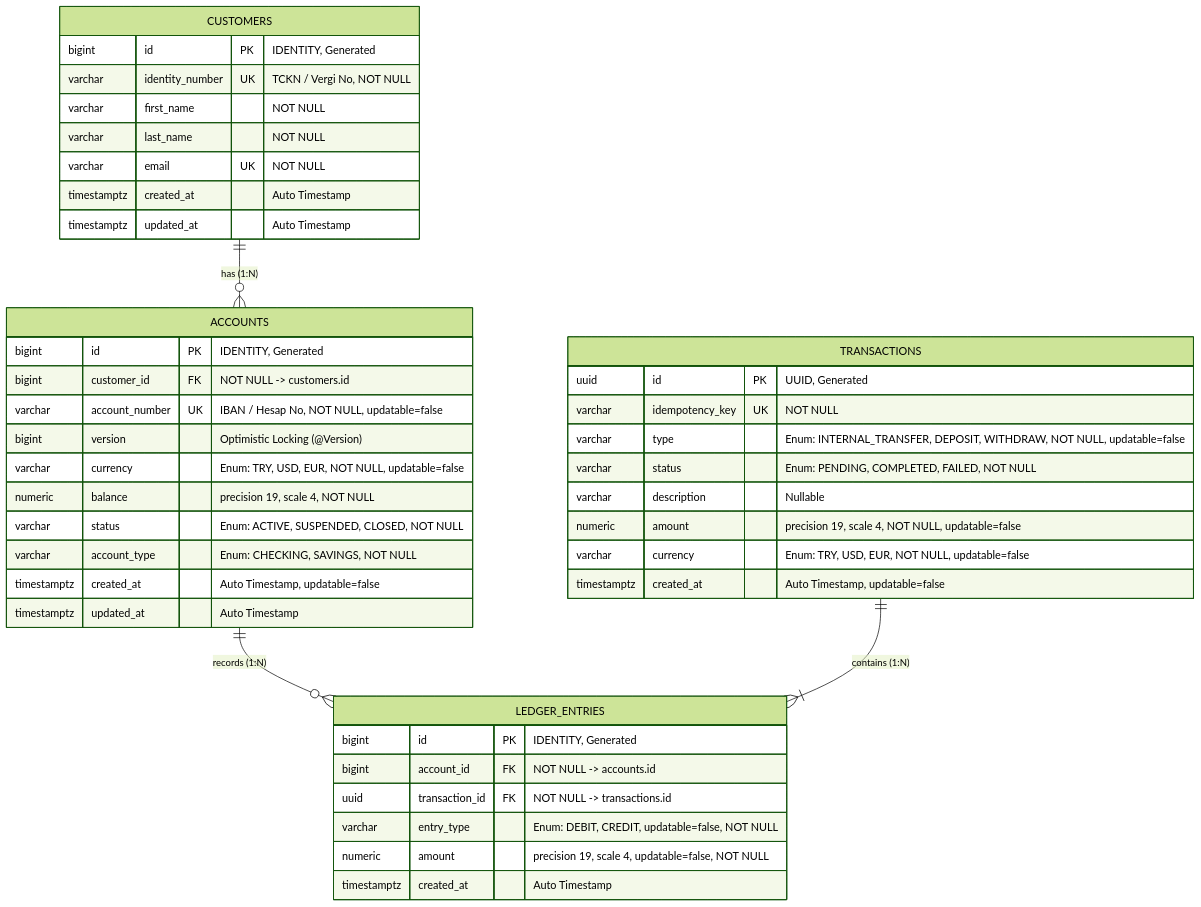
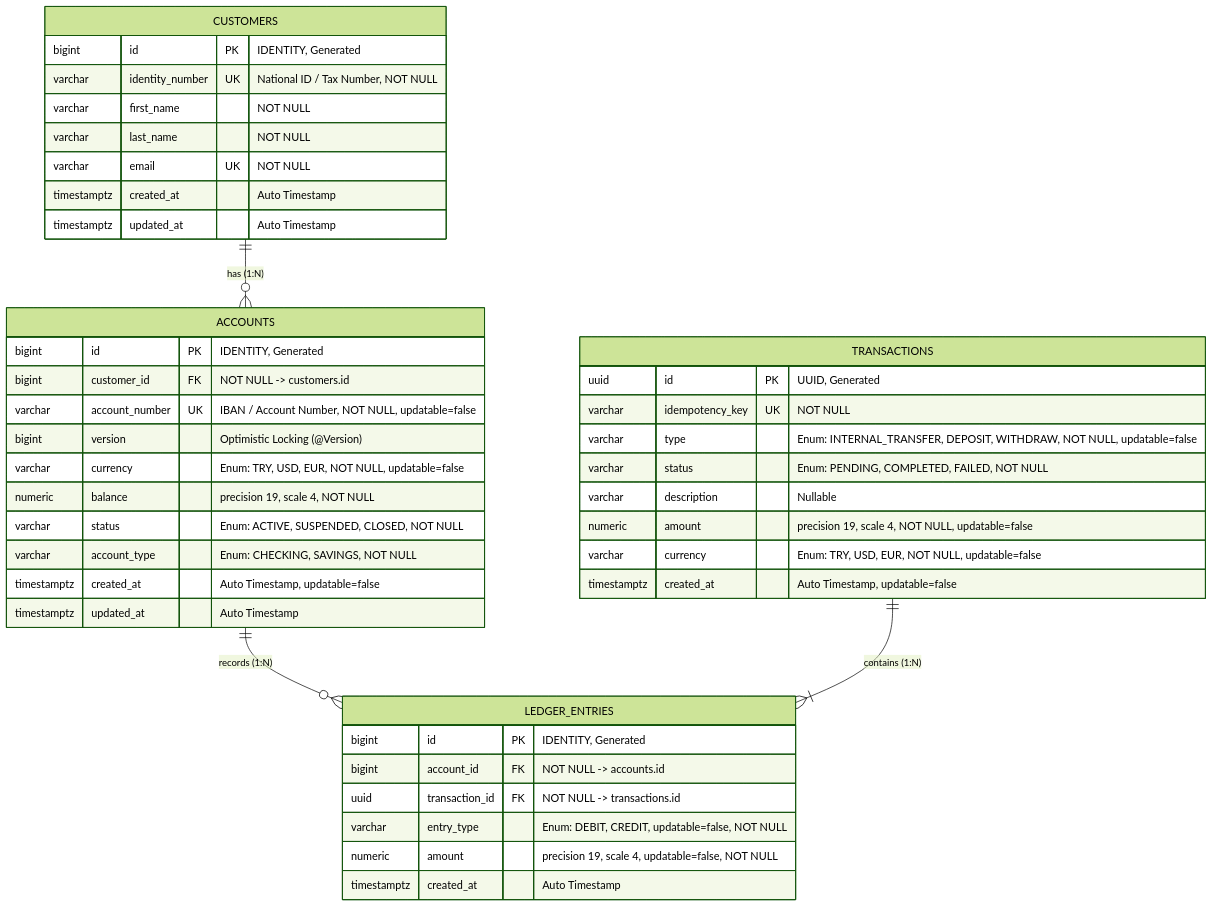
Before and after one commit to AKeremT/core-banking-ledger: the first of 2 diagrams in DATABASE_SCHEMA.md, drawn with Mermaid (forest theme). The commit also changed other lines of this file and 11 other files, not shown here.

Commit message:
docs(repo): translate schema to english and exclude internal study guides from git tracking

````diff
--- a/DATABASE_SCHEMA.md
+++ b/DATABASE_SCHEMA.md
@@ -11,49 +11,49 @@
 ```mermaid
 erDiagram
     CUSTOMERS ||--o{ ACCOUNTS : "has (1:N)"
     ACCOUNTS ||--o{ LEDGER_ENTRIES : "records (1:N)"
     TRANSACTIONS ||--|{ LEDGER_ENTRIES : "contains (1:N)"
 
     CUSTOMERS {
         bigint id PK "IDENTITY, Generated"
-        varchar identity_number UK "TCKN / Vergi No, NOT NULL"
+        varchar identity_number UK "National ID / Tax Number, NOT NULL"
         varchar first_name "NOT NULL"
         varchar last_name "NOT NULL"
         varchar email UK "NOT NULL"
         timestamptz created_at "Auto Timestamp"
         timestamptz updated_at "Auto Timestamp"
     }
 
     ACCOUNTS {
         bigint id PK "IDENTITY, Generated"
         bigint customer_id FK "NOT NULL -> customers.id"
-        varchar account_number UK "IBAN / Hesap No, NOT NULL, updatable=false"
+        varchar account_number UK "IBAN / Account Number, NOT NULL, updatable=false"
         bigint version "Optimistic Locking (@Version)"
         varchar currency "Enum: TRY, USD, EUR, NOT NULL, updatable=false"
         numeric balance "precision 19, scale 4, NOT NULL"
         varchar status "Enum: ACTIVE, SUSPENDED, CLOSED, NOT NULL"
         varchar account_type "Enum: CHECKING, SAVINGS, NOT NULL"
         timestamptz created_at "Auto Timestamp, updatable=false"
         timestamptz updated_at "Auto Timestamp"
     }
 
     TRANSACTIONS {
         uuid id PK "UUID, Generated"
         varchar idempotency_key UK "NOT NULL"
         varchar type "Enum: INTERNAL_TRANSFER, DEPOSIT, WITHDRAW, NOT NULL, updatable=false"
         varchar status "Enum: PENDING, COMPLETED, FAILED, NOT NULL"
         varchar description "Nullable"
         numeric amount "precision 19, scale 4, NOT NULL, updatable=false"
         varchar currency "Enum: TRY, USD, EUR, NOT NULL, updatable=false"
         timestamptz created_at "Auto Timestamp, updatable=false"
     }
 
     LEDGER_ENTRIES {
         bigint id PK "IDENTITY, Generated"
         bigint account_id FK "NOT NULL -> accounts.id"
         uuid transaction_id FK "NOT NULL -> transactions.id"
         varchar entry_type "Enum: DEBIT, CREDIT, updatable=false, NOT NULL"
         numeric amount "precision 19, scale 4, updatable=false, NOT NULL"
         timestamptz created_at "Auto Timestamp"
     }
 ```
````
